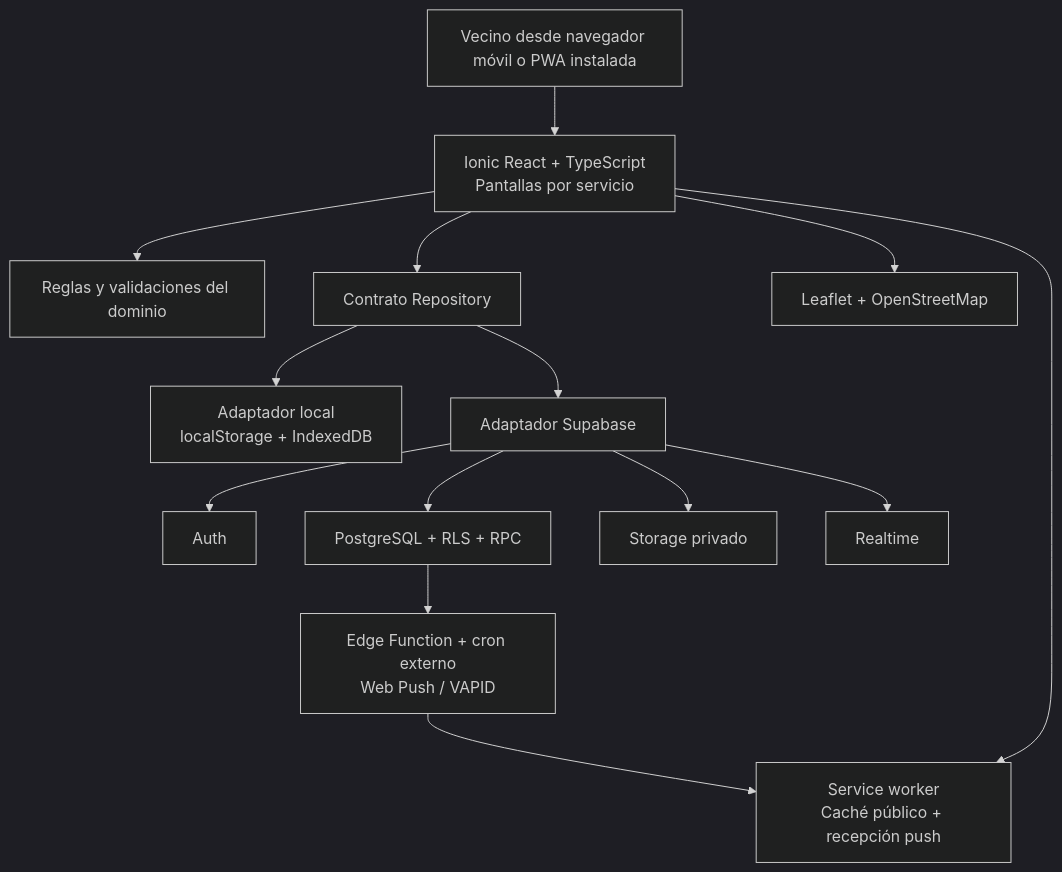
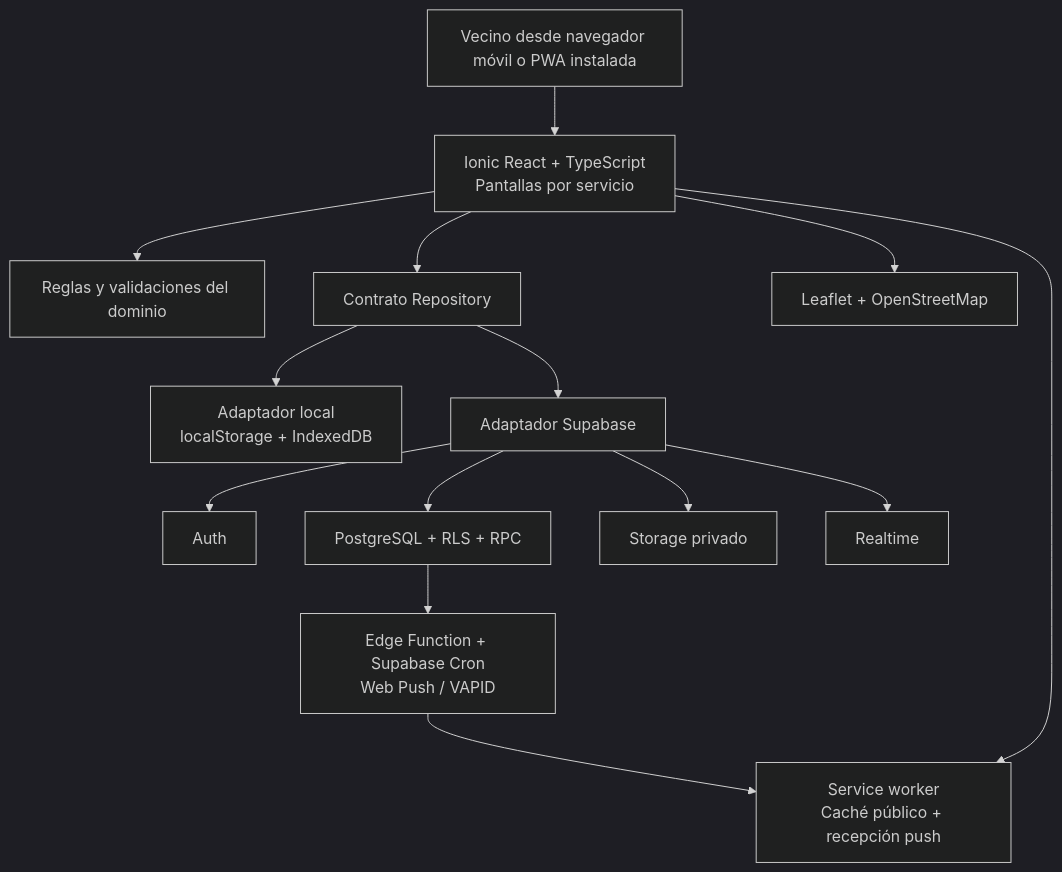
One commit to IgnacioMaidana7/san-francisco-conecta changed the diagram in docs/INFORME.md. Above: the diagram before and after it, drawn with Mermaid (dark theme). The commit also changed other lines of this file and 11 other files, not shown here.

Commit message:
Conecta la demo a Supabase y activa Web Push

````diff
--- a/docs/INFORME.md
+++ b/docs/INFORME.md
@@ -17,29 +17,29 @@
 ```mermaid
 flowchart TB
     vecino[Vecino desde navegador móvil o PWA instalada]
     ui[Ionic React + TypeScript\nPantallas por servicio]
     reglas[Reglas y validaciones del dominio]
     puerto[Contrato Repository]
     demo[Adaptador local\nlocalStorage + IndexedDB]
     remoto[Adaptador Supabase]
     auth[Auth]
     db[PostgreSQL + RLS + RPC]
     storage[Storage privado]
     realtime[Realtime]
     mapa[Leaflet + OpenStreetMap]
     sw[Service worker\nCaché público + recepción push]
-    edge[Edge Function + cron externo\nWeb Push / VAPID]
+    edge[Edge Function + Supabase Cron\nWeb Push / VAPID]
     vecino --> ui
     ui --> reglas
     ui --> puerto
     puerto --> demo
     puerto --> remoto
     remoto --> auth
     remoto --> db
     remoto --> storage
     remoto --> realtime
     ui --> mapa
     ui --> sw
     db --> edge
     edge --> sw
 ```
````
